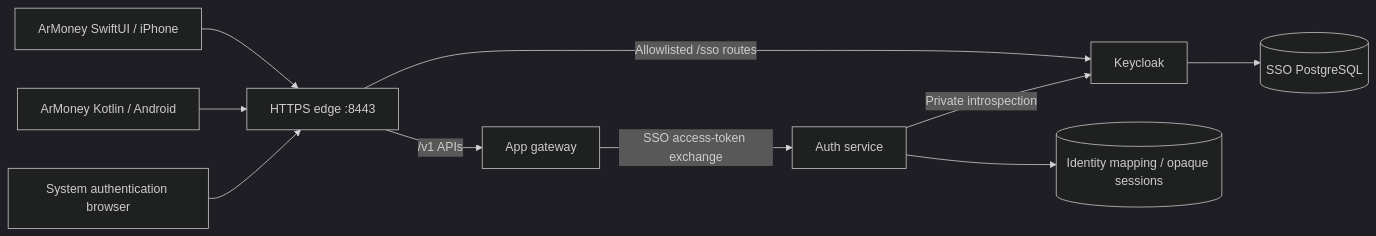
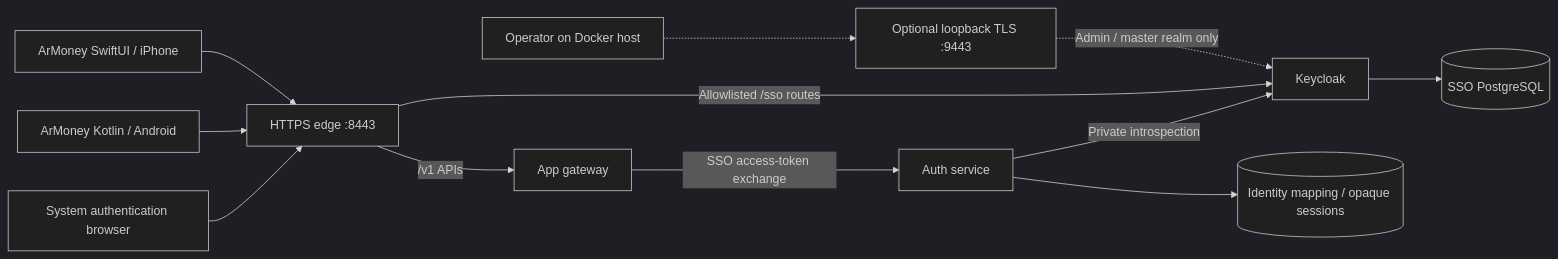
One commit to aarbabaev/ArMoney changed the fourth of 14 diagrams in ARCHITECTURE.md. Above: the diagram before and after it, drawn with Mermaid (dark theme). The commit also changed other lines of this file and 1 other file, not shown here.

Commit message:
Document optional loopback-only Keycloak administration

````diff
--- a/ARCHITECTURE.md
+++ b/ARCHITECTURE.md
@@ -140,12 +144,14 @@
 ```mermaid
 flowchart LR
     I["ArMoney SwiftUI / iPhone"] --> E["HTTPS edge :8443"]
     AND["ArMoney Kotlin / Android"] --> E
     B["System authentication browser"] --> E
+    OP["Operator on Docker host"] -.-> ADM["Optional loopback TLS :9443"]
+    ADM -.->|"Admin / master realm only"| K
     E -->|"/v1 APIs"| G["App gateway"]
     E -->|"Allowlisted /sso routes"| K["Keycloak"]
     K --> KD[("SSO PostgreSQL")]
     G -->|"SSO access-token exchange"| A["Auth service"]
     A -->|"Private introspection"| K
     A --> AD[("Identity mapping / opaque sessions")]
 ```
````
